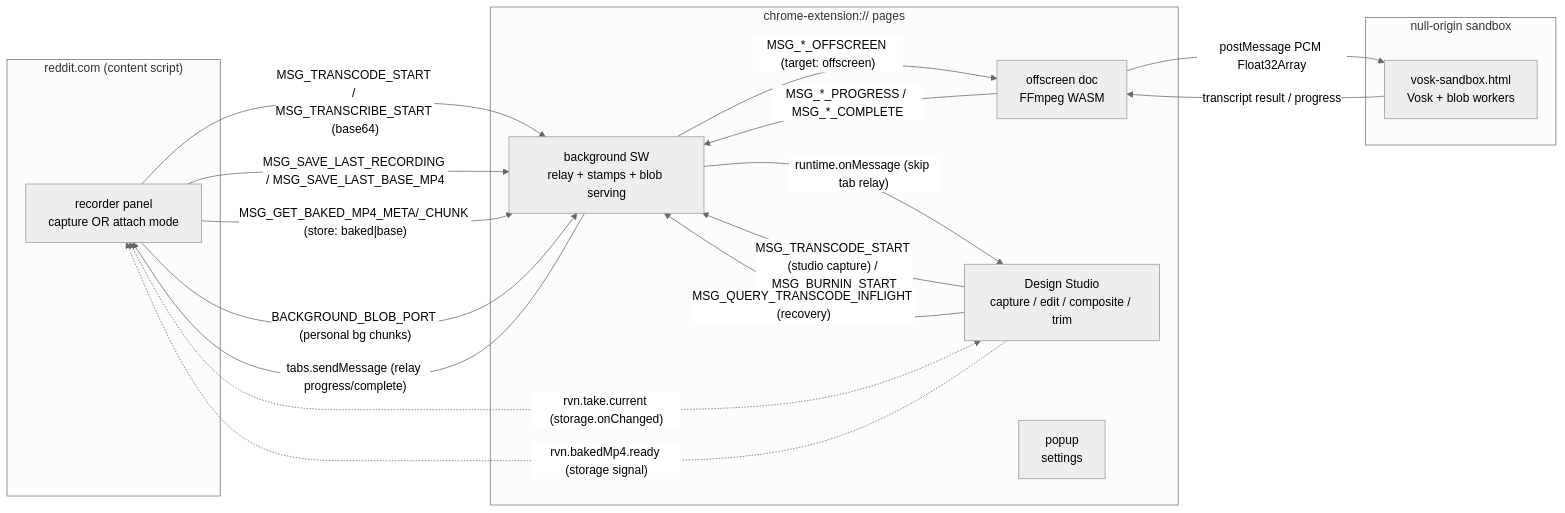
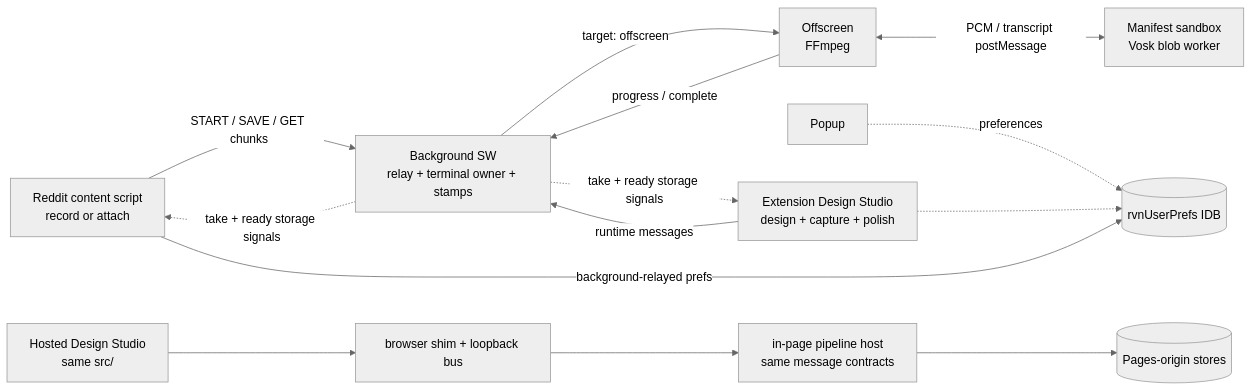
Before and after one commit to bra-khet/reddit-voice-notes-chrome: the first of 4 diagrams in docs/architecture/architecture-map.md, drawn with Mermaid (neutral theme). The commit also changed other lines of this file and 129 other files, not shown here.

````diff
--- a/docs/architecture/architecture-map.md
+++ b/docs/architecture/architecture-map.md
@@ -85,30 +31,17 @@
 ```mermaid
 flowchart LR
-  subgraph reddit["reddit.com (content script)"]
-    CS["recorder panel<br/>capture OR attach mode"]
-  end
-  subgraph ext["chrome-extension:// pages"]
-    BG["background SW<br/>relay + stamps + blob serving"]
-    OFF["offscreen doc<br/>FFmpeg WASM"]
-    DS["Design Studio<br/>capture / edit / composite / trim"]
-    POP["popup<br/>settings"]
-  end
-  subgraph sbx["null-origin sandbox"]
-    VOSK["vosk-sandbox.html<br/>Vosk + blob workers"]
-  end
+  CS["Reddit content script<br/>record or attach"] -->|START / SAVE / GET chunks| BG["Background SW<br/>relay + terminal owner + stamps"]
+  BG -->|target: offscreen| OFF["Offscreen<br/>FFmpeg"]
+  OFF -->|progress / complete| BG
+  OFF <-->|PCM / transcript postMessage| SBX["Manifest sandbox<br/>Vosk blob worker"]
+  DS["Extension Design Studio<br/>design + capture + polish"] -->|runtime messages| BG
+  BG -.->|take + ready storage signals| CS
+  BG -.->|take + ready storage signals| DS
+  POP["Popup"] -.->|preferences| PREFS[("rvnUserPrefs IDB")]
+  DS -.-> PREFS
+  CS -->|background-relayed prefs| PREFS
 
-  CS -- "MSG_TRANSCODE_START / MSG_TRANSCRIBE_START (base64)" --> BG
-  CS -- "MSG_SAVE_LAST_RECORDING / MSG_SAVE_LAST_BASE_MP4" --> BG
-  CS -- "MSG_GET_BAKED_MP4_META/_CHUNK (store: baked|base)" --> BG
-  CS -- "BACKGROUND_BLOB_PORT (personal bg chunks)" --> BG
-  BG -- "tabs.sendMessage (relay progress/complete)" --> CS
-  BG -- "MSG_*_OFFSCREEN (target: offscreen)" --> OFF
-  OFF -- "MSG_*_PROGRESS / MSG_*_COMPLETE" --> BG
-  OFF -- "postMessage PCM Float32Array" --> VOSK
-  VOSK -- "transcript result / progress" --> OFF
-  DS -- "MSG_TRANSCODE_START (studio capture) / MSG_BURNIN_START" --> BG
-  DS -- "MSG_QUERY_TRANSCODE_INFLIGHT (recovery)" --> BG
-  BG -- "runtime.onMessage (skip tab relay)" --> DS
-  DS <-. "rvn.take.current (storage.onChanged)" .-> CS
-  DS -. "rvn.bakedMp4.ready (storage signal)" .-> CS
+  WEB["Hosted Design Studio<br/>same src/"] --> SHIM["browser shim + loopback bus"]
+  SHIM --> PIPE["in-page pipeline host<br/>same message contracts"]
+  PIPE --> WEBDB[("Pages-origin stores")]
 ```
````
